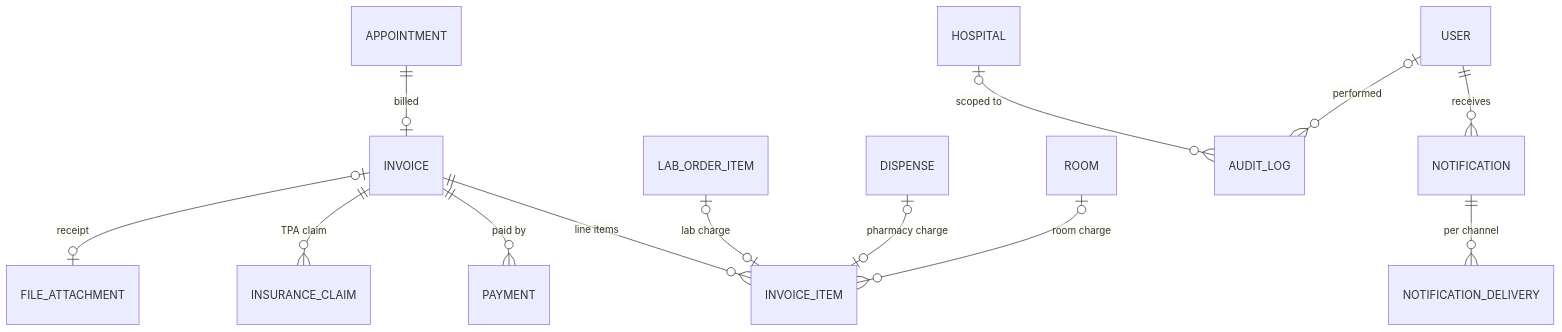
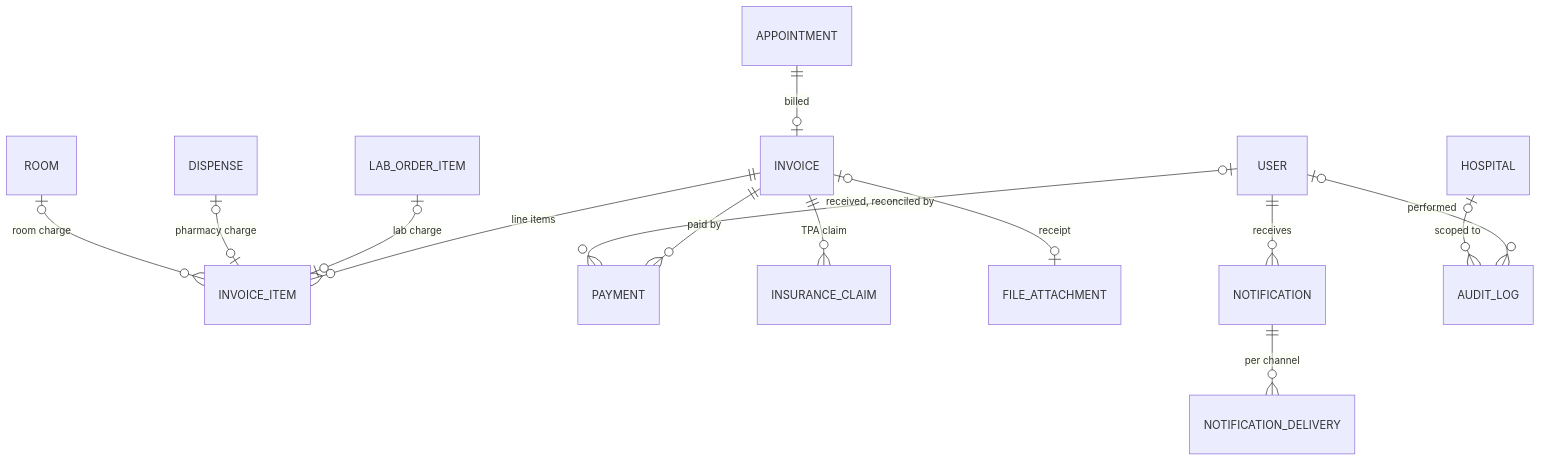
The fourth of 4 diagrams in docs/database-schema.md (laharisrgupta06/MedCore-HMS), drawn with Mermaid before and after one commit. The commit also changed other lines of this file and 3 other files, not shown here.

First line of the commit message:
feat(db): schema revision 2 - corrections, composite tenant keys, PRD gaps

````diff
--- a/docs/database-schema.md
+++ b/docs/database-schema.md
@@ -120,15 +182,16 @@
 ```mermaid
 erDiagram
   APPOINTMENT ||--o| INVOICE : billed
   INVOICE ||--o{ INVOICE_ITEM : "line items"
   LAB_ORDER_ITEM |o--o| INVOICE_ITEM : "lab charge"
   DISPENSE |o--o| INVOICE_ITEM : "pharmacy charge"
   ROOM |o--o{ INVOICE_ITEM : "room charge"
   INVOICE ||--o{ PAYMENT : "paid by"
+  USER |o--o{ PAYMENT : "received, reconciled by"
   INVOICE ||--o{ INSURANCE_CLAIM : "TPA claim"
   INVOICE |o--o| FILE_ATTACHMENT : receipt
   USER ||--o{ NOTIFICATION : receives
   NOTIFICATION ||--o{ NOTIFICATION_DELIVERY : "per channel"
-  USER |o--o{ AUDIT_LOG : "performed"
+  USER |o--o{ AUDIT_LOG : performed
   HOSPITAL |o--o{ AUDIT_LOG : "scoped to"
 ```
````
